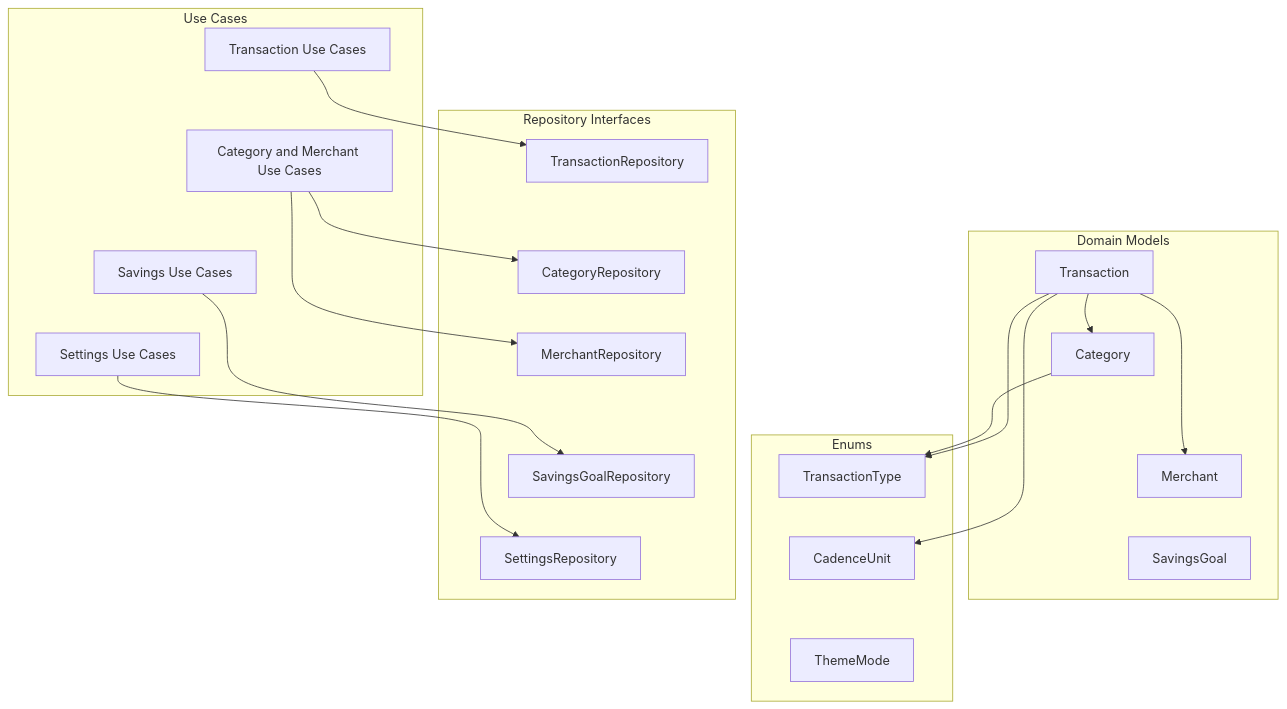
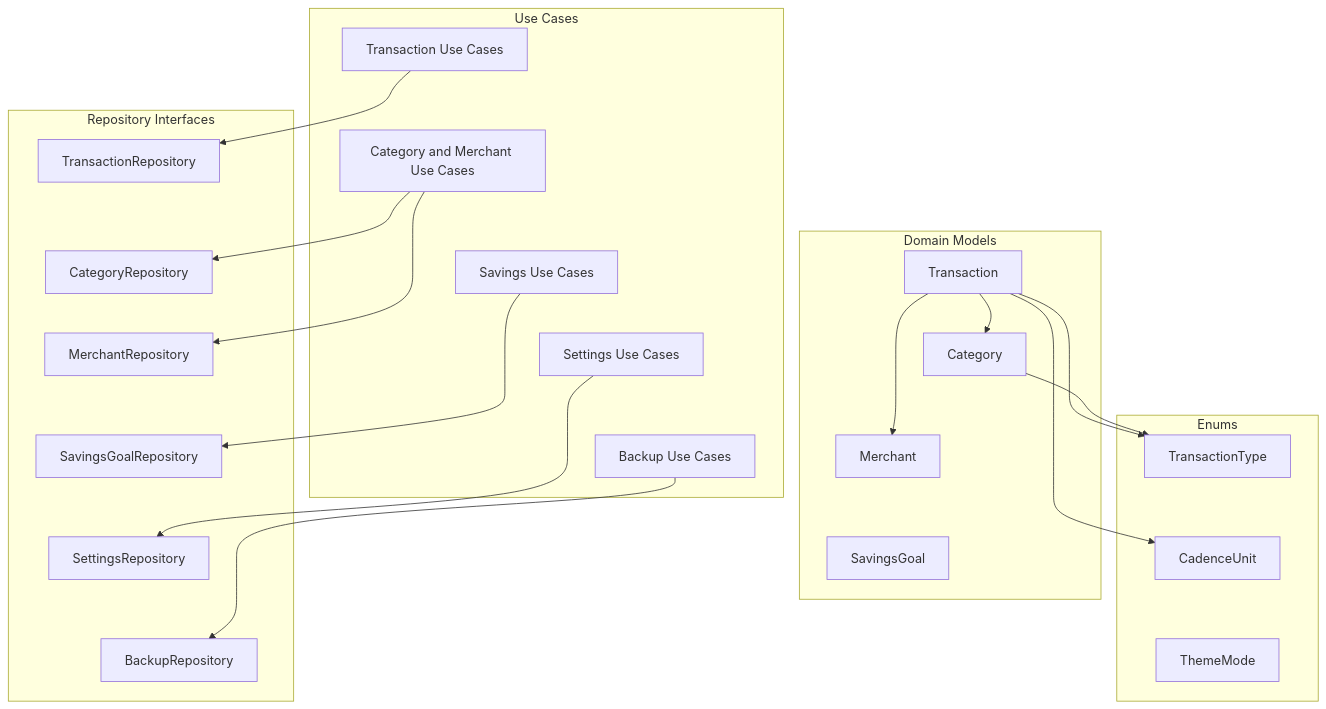
The diagram in docs/architecture/02_domain.md (JFfarrell/financesApp), drawn with Mermaid before and after one commit. The commit also changed 26 other files, not shown here.

````diff
--- a/docs/architecture/02_domain.md
+++ b/docs/architecture/02_domain.md
@@ -5,45 +5,48 @@
 ```mermaid
 graph TD
 
     subgraph Models["Domain Models"]
         Transaction["Transaction"]
         Transaction ~~~ Category["Category"]
         Category ~~~ Merchant["Merchant"]
         Merchant ~~~ SavingsGoal["SavingsGoal"]
     end
 
     subgraph Enums["Enums"]
         TransactionType["TransactionType"]
         TransactionType ~~~ CadenceUnit["CadenceUnit"]
         CadenceUnit ~~~ ThemeMode["ThemeMode"]
     end
 
     subgraph Interfaces["Repository Interfaces"]
         TR["TransactionRepository"]
         TR ~~~ CR["CategoryRepository"]
         CR ~~~ MR["MerchantRepository"]
         MR ~~~ SGR["SavingsGoalRepository"]
         SGR ~~~ SR["SettingsRepository"]
+        SR ~~~ BR["BackupRepository"]
     end
 
     subgraph UseCases["Use Cases"]
         TUC["Transaction Use Cases"]
         TUC ~~~ CUC["Category and Merchant Use Cases"]
         CUC ~~~ SUC["Savings Use Cases"]
         SUC ~~~ STUC["Settings Use Cases"]
+        STUC ~~~ BUC["Backup Use Cases"]
     end
 
     Transaction --> TransactionType
     Transaction --> CadenceUnit
     Transaction --> Category
     Transaction --> Merchant
     Category --> TransactionType
 
     TUC --> TR
+    BUC --> BR
     CUC --> CR
     CUC --> MR
     SUC --> SGR
     STUC --> SR
 
     TR ~~~ Transaction
 ```
````
